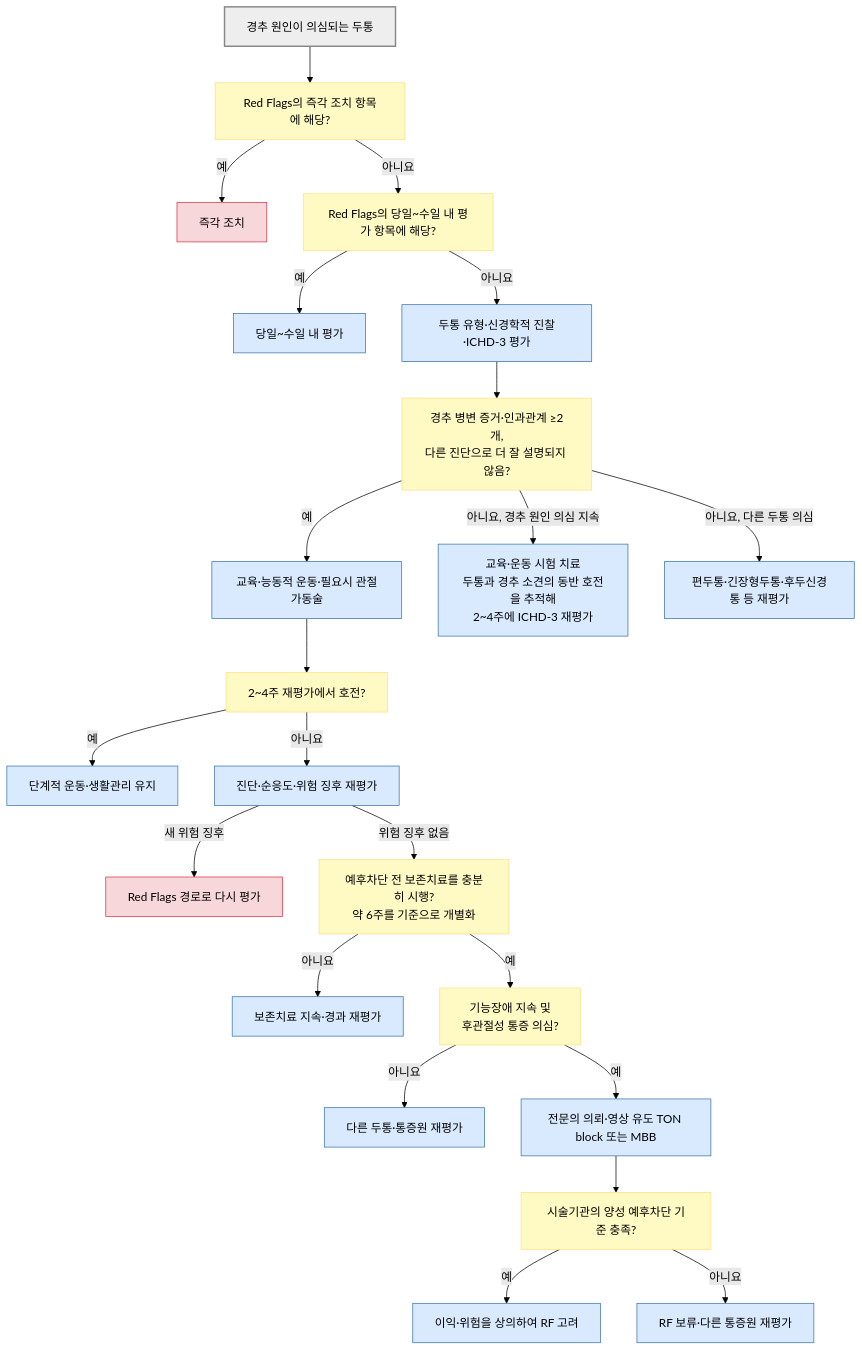
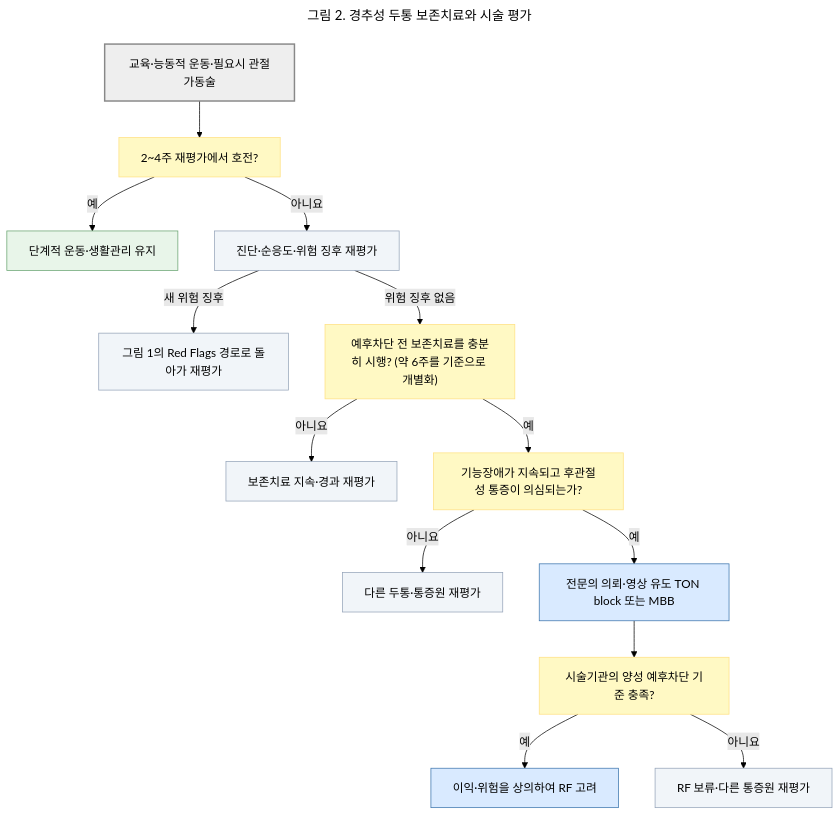
Before and after one commit to familyoh77/familyoh77: the second of 2 diagrams in 221_/019_-cervicogenic-headache.md, drawn with Mermaid (forest theme). The commit also changed other lines of this file and 4 other files, not shown here.

````diff
--- a/221_/019_-cervicogenic-headache.md
+++ b/221_/019_-cervicogenic-headache.md
@@ -156,32 +186,30 @@
 ```mermaid
+---
+title: 그림 2. 경추성 두통 보존치료와 시술 평가
+---
 flowchart TD
-    A["경추 원인이 의심되는 두통"] --> B["Red Flags의 즉각 조치 항목에 해당?"]
-    B -- "예" --> C["즉각 조치"]
-    B -- "아니요" --> D["Red Flags의 당일~수일 내 평가 항목에 해당?"]
-    D -- "예" --> E["당일~수일 내 평가"]
-    D -- "아니요" --> F["두통 유형·신경학적 진찰·ICHD-3 평가"]
-    F --> G["경추 병변 증거·인과관계 ≥2개,<br/>다른 진단으로 더 잘 설명되지 않음?"]
-    G -- "예" --> I["교육·능동적 운동·필요시 관절가동술"]
-    G -- "아니요, 경추 원인 의심 지속" --> G2["교육·운동 시험 치료<br/>두통과 경추 소견의 동반 호전을 추적해<br/>2~4주에 ICHD-3 재평가"]
-    G -- "아니요, 다른 두통 의심" --> H["편두통·긴장형두통·후두신경통 등 재평가"]
-    I --> J["2~4주 재평가에서 호전?"]
+    I["교육·능동적 운동·필요시 관절가동술"] --> J["2~4주 재평가에서 호전?"]
     J -- "예" --> K["단계적 운동·생활관리 유지"]
     J -- "아니요" --> L["진단·순응도·위험 징후 재평가"]
-    L -- "새 위험 징후" --> B2["Red Flags 경로로 다시 평가"]
-    L -- "위험 징후 없음" --> M0["예후차단 전 보존치료를 충분히 시행?<br/>약 6주를 기준으로 개별화"]
+    L -- "새 위험 징후" --> B2["그림 1의 Red Flags 경로로 돌아가 재평가"]
+    L -- "위험 징후 없음" --> M0["예후차단 전 보존치료를 충분히 시행? (약 6주를 기준으로 개별화)"]
     M0 -- "아니요" --> K2["보존치료 지속·경과 재평가"]
-    M0 -- "예" --> M["기능장애 지속 및<br/>후관절성 통증 의심?"]
+    M0 -- "예" --> M["기능장애가 지속되고 후관절성 통증이 의심되는가?"]
     M -- "아니요" --> H2["다른 두통·통증원 재평가"]
     M -- "예" --> N["전문의 의뢰·영상 유도 TON block 또는 MBB"]
     N --> O["시술기관의 양성 예후차단 기준 충족?"]
     O -- "예" --> P["이익·위험을 상의하여 RF 고려"]
     O -- "아니요" --> Q["RF 보류·다른 통증원 재평가"]
-    classDef start fill:#eeeeee,stroke:#888888,stroke-width:2px
-    classDef question fill:#fff9c4,stroke:#ffe082
-    classDef emergency fill:#f8d7da,stroke:#dc3545
-    classDef care fill:#d9eaff,stroke:#3973ac
-    class A start
-    class B,D,G,J,M0,M,O question
-    class C,B2 emergency
-    class E,F,G2,H,I,K,K2,L,H2,N,P,Q care
+
+    classDef start fill:#eeeeee,stroke:#888888,stroke-width:2px;
+    classDef decision fill:#fff9c4,stroke:#ffe082;
+    classDef assessment fill:#f1f5f9,stroke:#94a3b8;
+    classDef care fill:#d9eaff,stroke:#3973ac;
+    classDef followup fill:#e8f5e9,stroke:#66a36f;
+
+    class I start;
+    class J,M0,M,O decision;
+    class L,B2,K2,H2,Q assessment;
+    class N,P care;
+    class K followup;
 ```
````
